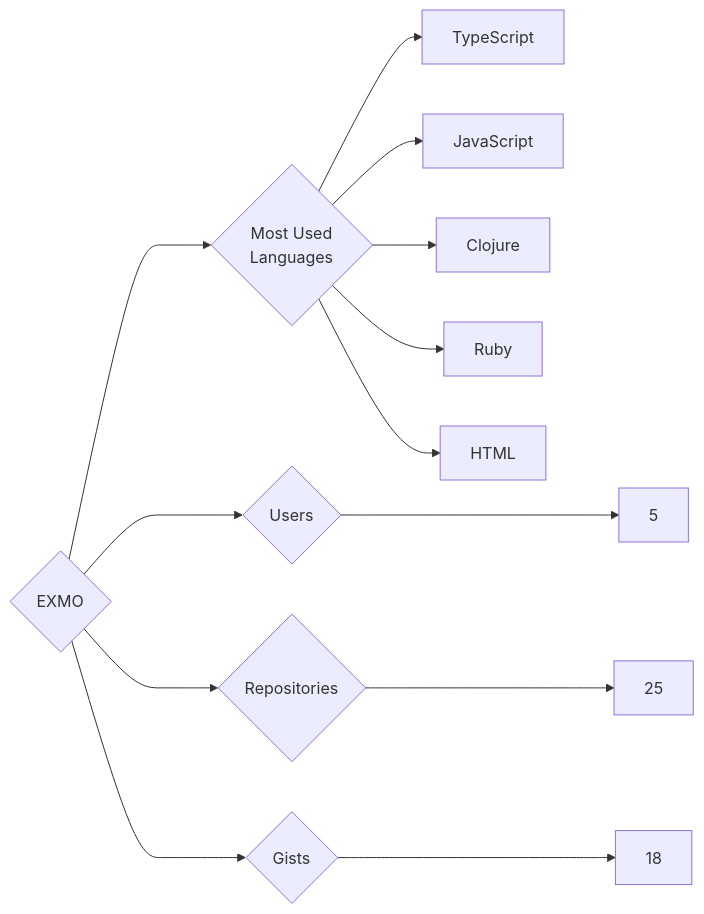
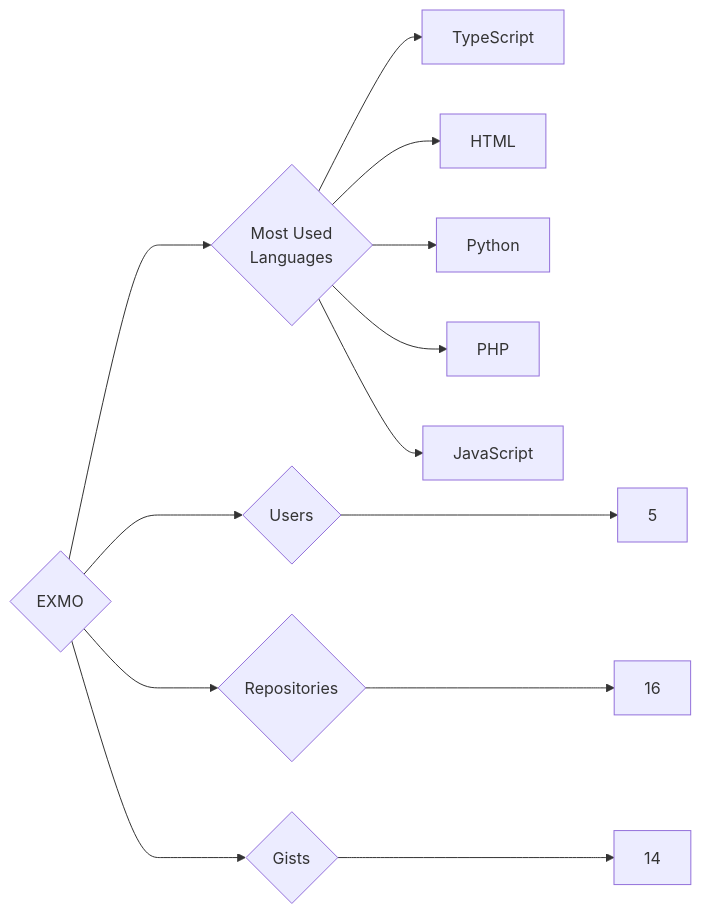
The diagram in targets/EXMO/README.md (trickest/insiders), drawn with Mermaid before and after one commit. The commit also changed 1120 other files, not shown here.

````diff
--- a/targets/EXMO/README.md
+++ b/targets/EXMO/README.md
@@ -3,13 +3,13 @@
 ```mermaid
 graph LR
 COMPANY_NAME{EXMO}
 COMPANY_NAME ---> U{Users} ---> UN[5]
-COMPANY_NAME ---> R{Repositories} ---> RN[25]
-COMPANY_NAME ---> G{Gists} ---> GN[18]
+COMPANY_NAME ---> R{Repositories} ---> RN[16]
+COMPANY_NAME ---> G{Gists} ---> GN[14]
 COMPANY_NAME ---> ML{Most Used<br>Languages}
 ML --> TypeScript[TypeScript]
+ML --> HTML[HTML]
+ML --> Python[Python]
+ML --> PHP[PHP]
 ML --> JavaScript[JavaScript]
-ML --> Clojure[Clojure]
-ML --> Ruby[Ruby]
-ML --> HTML[HTML]
 ```
````
